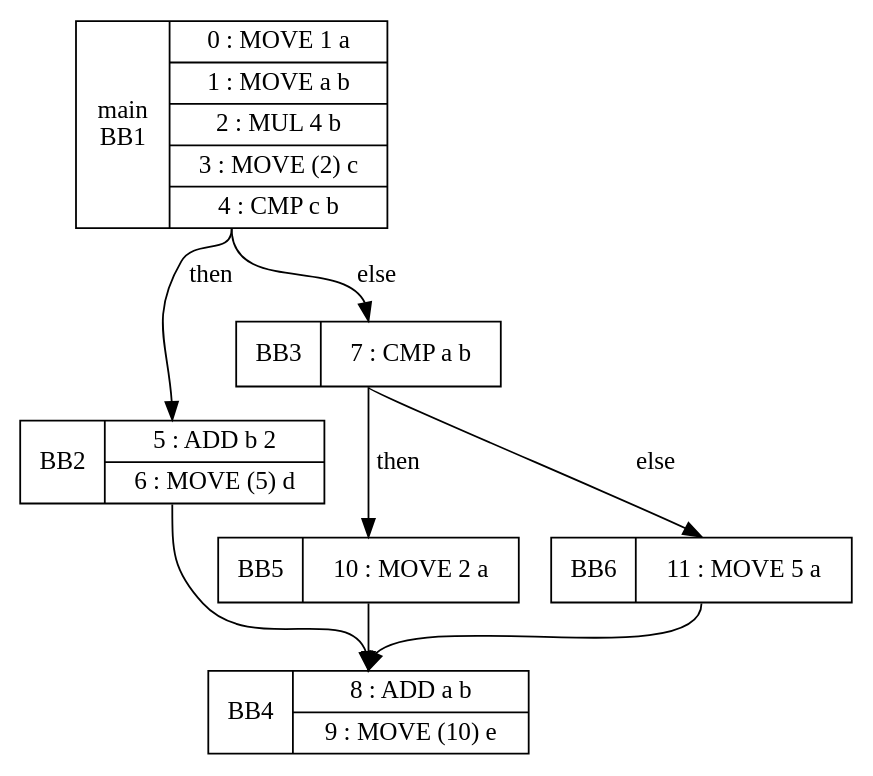
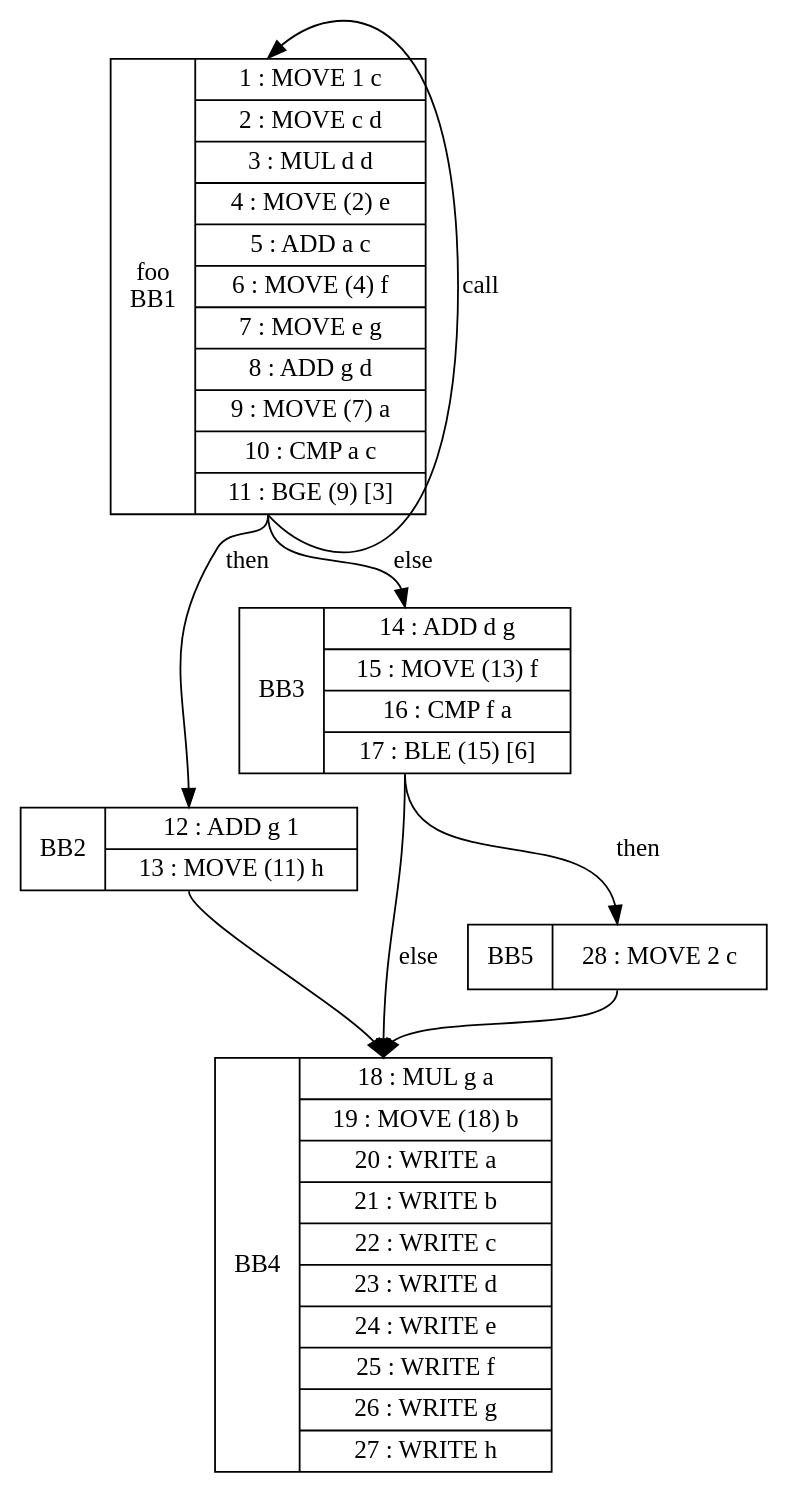
Before and after one commit to maxsmith271346/LL1_Compiler: the diagram in src/CFG Examples/mytest.dot, drawn with Graphviz. The commit also changed 9 other files, not shown here.

```diff
--- a/src/CFG Examples/mytest.dot
+++ b/src/CFG Examples/mytest.dot
@@ -1,15 +1,15 @@
 digraph G { 
-BB1[shape=record, label="<b>main\nBB1|{0 : MOVE 1 a |1 : MOVE a b |2 : MUL 4 b |3 : MOVE (2) c |4 : CMP c b }"];
+BB1[shape=record, label="<b>main\nBB1|{0 : CALL foo }"];
+BB1:s -> BB1:n [label="call"];
+BB1[shape=record, label="<b>foo\nBB1|{1 : MOVE 1 c |2 : MOVE c d |3 : MUL d d |4 : MOVE (2) e |5 : ADD a c |6 : MOVE (4) f |7 : MOVE e g |8 : ADD g d |9 : MOVE (7) a |10 : CMP a c |11 : BGE (9) [3] }"];
 BB1:s -> BB2:n [label="then"];
 BB1:s -> BB3:n [label="else"];
-BB2[shape=record, label="<b>BB2|{5 : ADD b 2 |6 : MOVE (5) d }"];
+BB2[shape=record, label="<b>BB2|{12 : ADD g 1 |13 : MOVE (11) h }"];
 BB2:s -> BB4:n [label=""];
-BB3[shape=record, label="<b>BB3|{7 : CMP a b }"];
+BB3[shape=record, label="<b>BB3|{14 : ADD d g |15 : MOVE (13) f |16 : CMP f a |17 : BLE (15) [6] }"];
 BB3:s -> BB5:n [label="then"];
-BB3:s -> BB6:n [label="else"];
-BB4[shape=record, label="<b>BB4|{8 : ADD a b |9 : MOVE (10) e }"];
-BB5[shape=record, label="<b>BB5|{10 : MOVE 2 a }"];
+BB3:s -> BB4:n [label="else"];
+BB4[shape=record, label="<b>BB4|{18 : MUL g a |19 : MOVE (18) b |20 : WRITE a |21 : WRITE b |22 : WRITE c |23 : WRITE d |24 : WRITE e |25 : WRITE f |26 : WRITE g |27 : WRITE h }"];
+BB5[shape=record, label="<b>BB5|{28 : MOVE 2 c }"];
 BB5:s -> BB4:n [label=""];
-BB6[shape=record, label="<b>BB6|{11 : MOVE 5 a }"];
-BB6:s -> BB4:n [label=""];
 }
```
